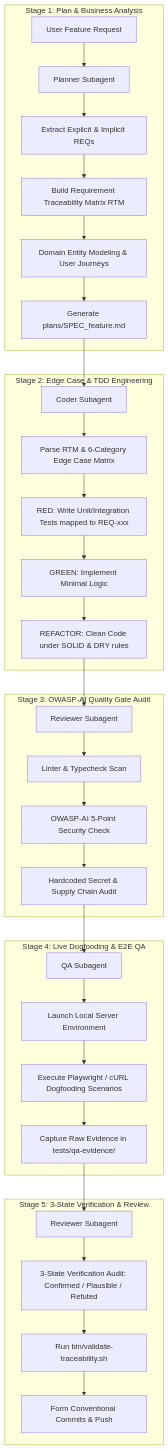
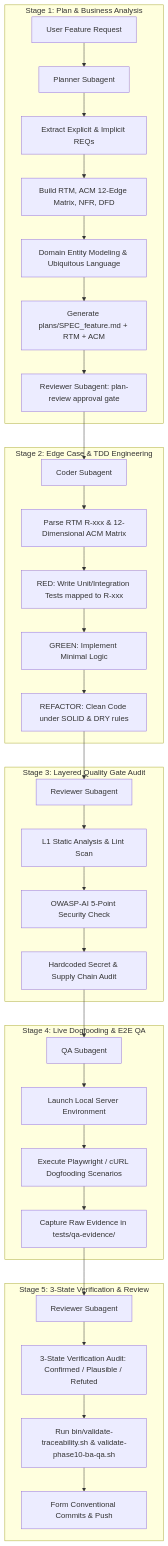
One commit to minhgv/agy-kit changed the diagram in docs/ba-and-quality-framework.md. Above: the diagram before and after it, drawn with Mermaid. The commit also changed other lines of this file and 21 other files, not shown here.

````diff
--- a/docs/ba-and-quality-framework.md
+++ b/docs/ba-and-quality-framework.md
@@ -16,39 +16,40 @@
 ```mermaid
 flowchart TD
     subgraph Stage1 [Stage 1: Plan & Business Analysis]
         A[User Feature Request] --> B[Planner Subagent]
         B --> C[Extract Explicit & Implicit REQs]
-        C --> D[Build Requirement Traceability Matrix RTM]
-        D --> E[Domain Entity Modeling & User Journeys]
-        E --> F[Generate plans/SPEC_feature.md]
+        C --> D[Build RTM, ACM 12-Edge Matrix, NFR, DFD]
+        D --> E[Domain Entity Modeling & Ubiquitous Language]
+        E --> F[Generate plans/SPEC_feature.md + RTM + ACM]
+        F --> G[Reviewer Subagent: plan-review approval gate]
     end
 
     subgraph Stage2 [Stage 2: Edge Case & TDD Engineering]
-        F --> G[Coder Subagent]
-        G --> H[Parse RTM & 6-Category Edge Case Matrix]
-        H --> I[RED: Write Unit/Integration Tests mapped to REQ-xxx]
-        I --> J[GREEN: Implement Minimal Logic]
-        J --> K[REFACTOR: Clean Code under SOLID & DRY rules]
+        G --> H[Coder Subagent]
+        H --> I[Parse RTM R-xxx & 12-Dimensional ACM Matrix]
+        I --> J[RED: Write Unit/Integration Tests mapped to R-xxx]
+        J --> K[GREEN: Implement Minimal Logic]
+        K --> L[REFACTOR: Clean Code under SOLID & DRY rules]
     end
 
-    subgraph Stage3 [Stage 3: OWASP-AI Quality Gate Audit]
-        K --> L[Reviewer Subagent]
-        L --> M[Linter & Typecheck Scan]
-        M --> N[OWASP-AI 5-Point Security Check]
-        N --> O[Hardcoded Secret & Supply Chain Audit]
+    subgraph Stage3 [Stage 3: Layered Quality Gate Audit]
+        L --> M[Reviewer Subagent]
+        M --> N[L1 Static Analysis & Lint Scan]
+        N --> O[OWASP-AI 5-Point Security Check]
+        O --> P[Hardcoded Secret & Supply Chain Audit]
     end
 
     subgraph Stage4 [Stage 4: Live Dogfooding & E2E QA]
-        O --> P[QA Subagent]
-        P --> Q[Launch Local Server Environment]
-        Q --> R[Execute Playwright / cURL Dogfooding Scenarios]
-        R --> S[Capture Raw Evidence in tests/qa-evidence/]
+        P --> Q[QA Subagent]
+        Q --> R[Launch Local Server Environment]
+        R --> S[Execute Playwright / cURL Dogfooding Scenarios]
+        S --> T[Capture Raw Evidence in tests/qa-evidence/]
     end
 
     subgraph Stage5 [Stage 5: 3-State Verification & Review]
-        S --> T[Reviewer Subagent]
-        T --> U[3-State Verification Audit: Confirmed / Plausible / Refuted]
-        U --> V[Run bin/validate-traceability.sh]
-        V --> W[Form Conventional Commits & Push]
+        T --> U[Reviewer Subagent]
+        U --> V[3-State Verification Audit: Confirmed / Plausible / Refuted]
+        V --> W[Run bin/validate-traceability.sh & validate-phase10-ba-qa.sh]
+        W --> X[Form Conventional Commits & Push]
     end
 ```
````
